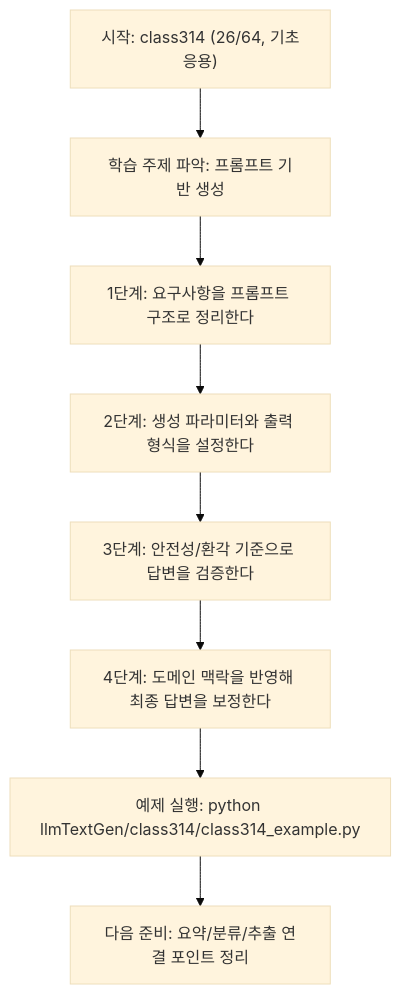
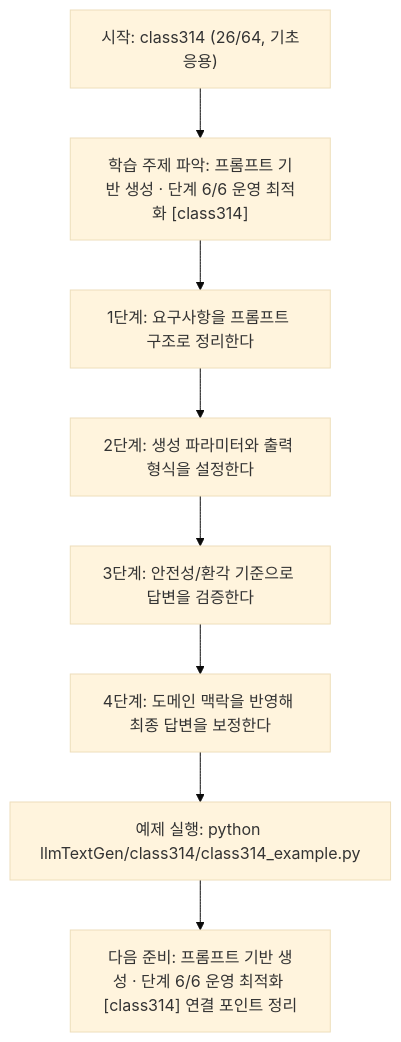
Before and after one commit to edumgt/Python-AI_Agent-Class: the diagram in llmTextGen/class314/class314.md, drawn with Mermaid (base theme). The commit also changed other lines of this file and 522 other files, not shown here.

````diff
--- a/llmTextGen/class314/class314.md
+++ b/llmTextGen/class314/class314.md
@@ -113,18 +114,18 @@
 ```mermaid
 flowchart TD
 N1["시작: class314 (26/64, 기초응용)"]
-N2["학습 주제 파악: 프롬프트 기반 생성"]
+N2["학습 주제 파악: 프롬프트 기반 생성 · 단계 6/6 운영 최적화 [class314]"]
 N3["1단계: 요구사항을 프롬프트 구조로 정리한다"]
 N4["2단계: 생성 파라미터와 출력 형식을 설정한다"]
 N5["3단계: 안전성/환각 기준으로 답변을 검증한다"]
 N6["4단계: 도메인 맥락을 반영해 최종 답변을 보정한다"]
 N7["예제 실행: python llmTextGen/class314/class314_example.py"]
-N8["다음 준비: 요약/분류/추출 연결 포인트 정리"]
+N8["다음 준비: 프롬프트 기반 생성 · 단계 6/6 운영 최적화 [class314] 연결 포인트 정리"]
 N1 --> N2
 N2 --> N3
 N3 --> N4
 N4 --> N5
 N5 --> N6
 N6 --> N7
 N7 --> N8
 ```
````
